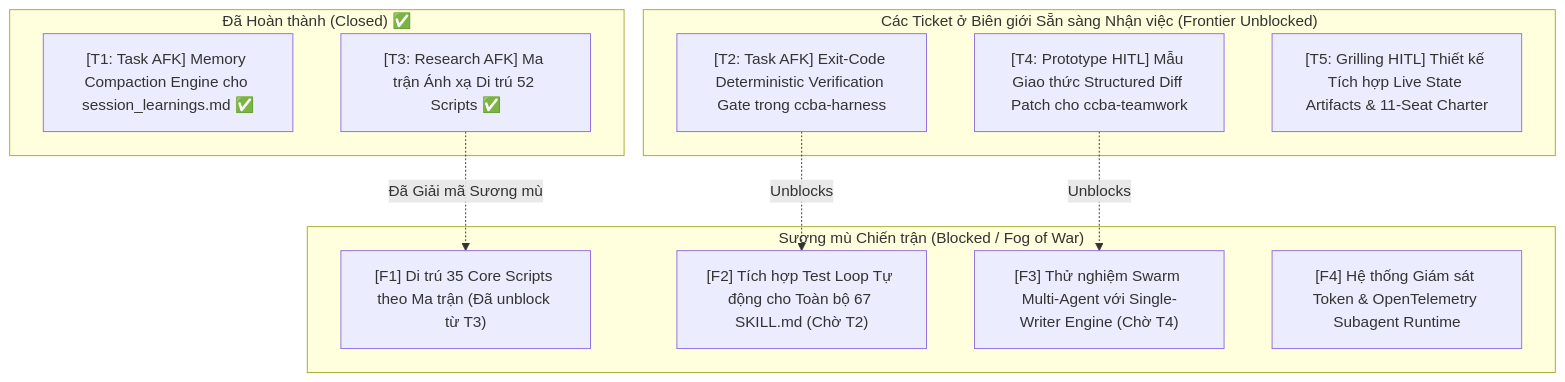
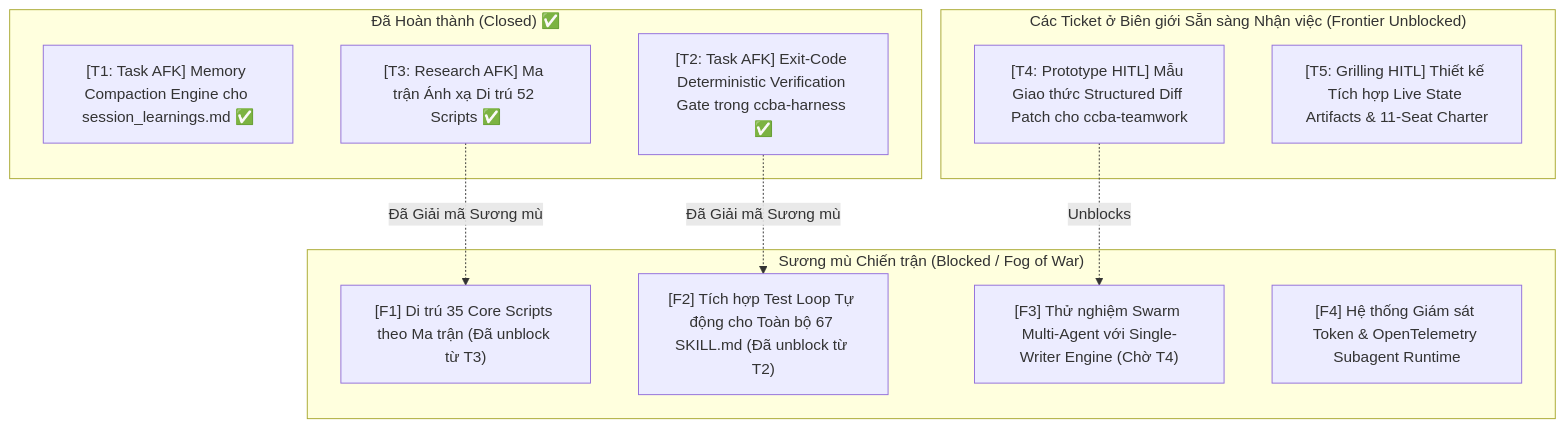
One commit to vvChu/ccba-agent-platform changed the diagram in .md/wayfinder/ccba-upgrade-roadmap/map.md. Above: the diagram before and after it, drawn with Mermaid. The commit also changed other lines of this file and 4 other files, not shown here.

Commit message:
feat(harness): implement exit-code deterministic verification gate via verify-patch

````diff
--- a/.md/wayfinder/ccba-upgrade-roadmap/map.md
+++ b/.md/wayfinder/ccba-upgrade-roadmap/map.md
@@ -79,24 +84,24 @@
 ```mermaid
 flowchart TD
     subgraph Done ["Đã Hoàn thành (Closed) ✅"]
         T1["[T1: Task AFK] Memory Compaction Engine cho session_learnings.md ✅"]
+        T2["[T2: Task AFK] Exit-Code Deterministic Verification Gate trong ccba-harness ✅"]
         T3["[T3: Research AFK] Ma trận Ánh xạ Di trú 52 Scripts ✅"]
     end
 
     subgraph Frontier ["Các Ticket ở Biên giới Sẵn sàng Nhận việc (Frontier Unblocked)"]
-        T2["[T2: Task AFK] Exit-Code Deterministic Verification Gate trong ccba-harness"]
         T4["[T4: Prototype HITL] Mẫu Giao thức Structured Diff Patch cho ccba-teamwork"]
         T5["[T5: Grilling HITL] Thiết kế Tích hợp Live State Artifacts & 11-Seat Charter"]
     end
 
     subgraph Fog ["Sương mù Chiến trận (Blocked / Fog of War)"]
         F1["[F1] Di trú 35 Core Scripts theo Ma trận (Đã unblock từ T3)"]
-        F2["[F2] Tích hợp Test Loop Tự động cho Toàn bộ 67 SKILL.md (Chờ T2)"]
+        F2["[F2] Tích hợp Test Loop Tự động cho Toàn bộ 67 SKILL.md (Đã unblock từ T2)"]
         F3["[F3] Thử nghiệm Swarm Multi-Agent với Single-Writer Engine (Chờ T4)"]
         F4["[F4] Hệ thống Giám sát Token & OpenTelemetry Subagent Runtime"]
     end
 
     T3 -.->|Đã Giải mã Sương mù| F1
-    T2 -.->|Unblocks| F2
+    T2 -.->|Đã Giải mã Sương mù| F2
     T4 -.->|Unblocks| F3
 ```
````
